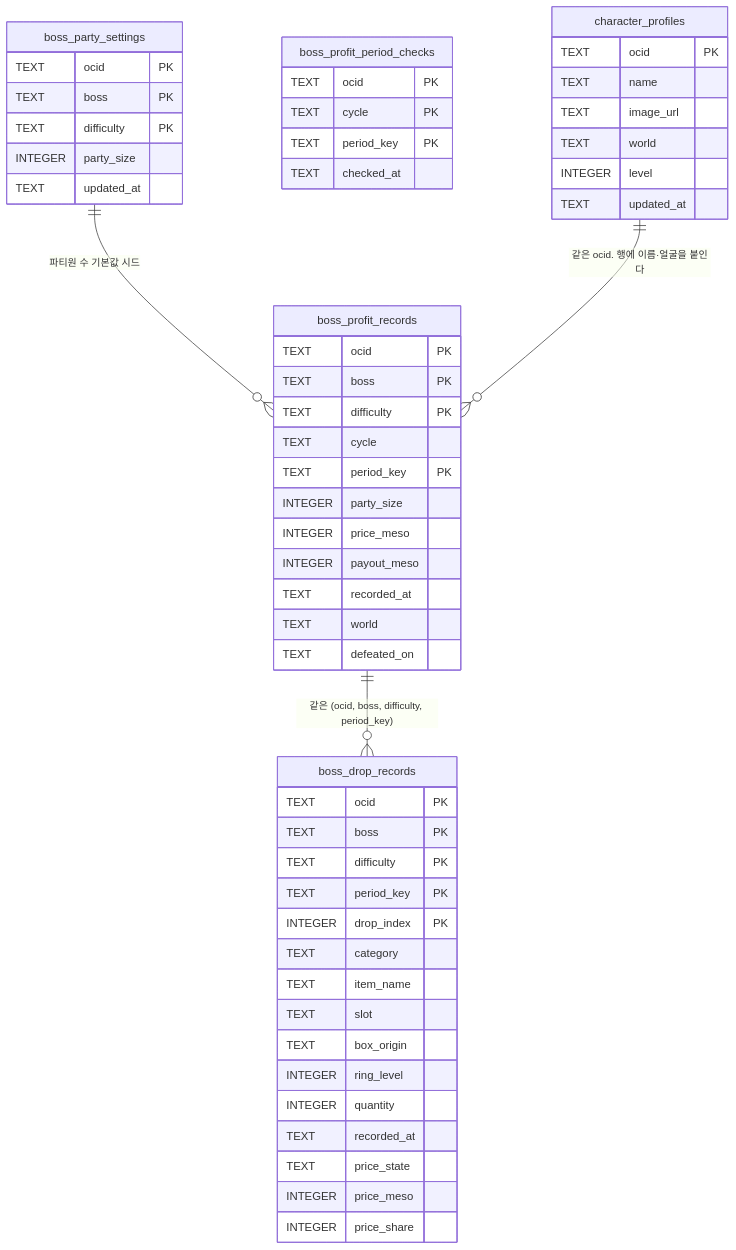
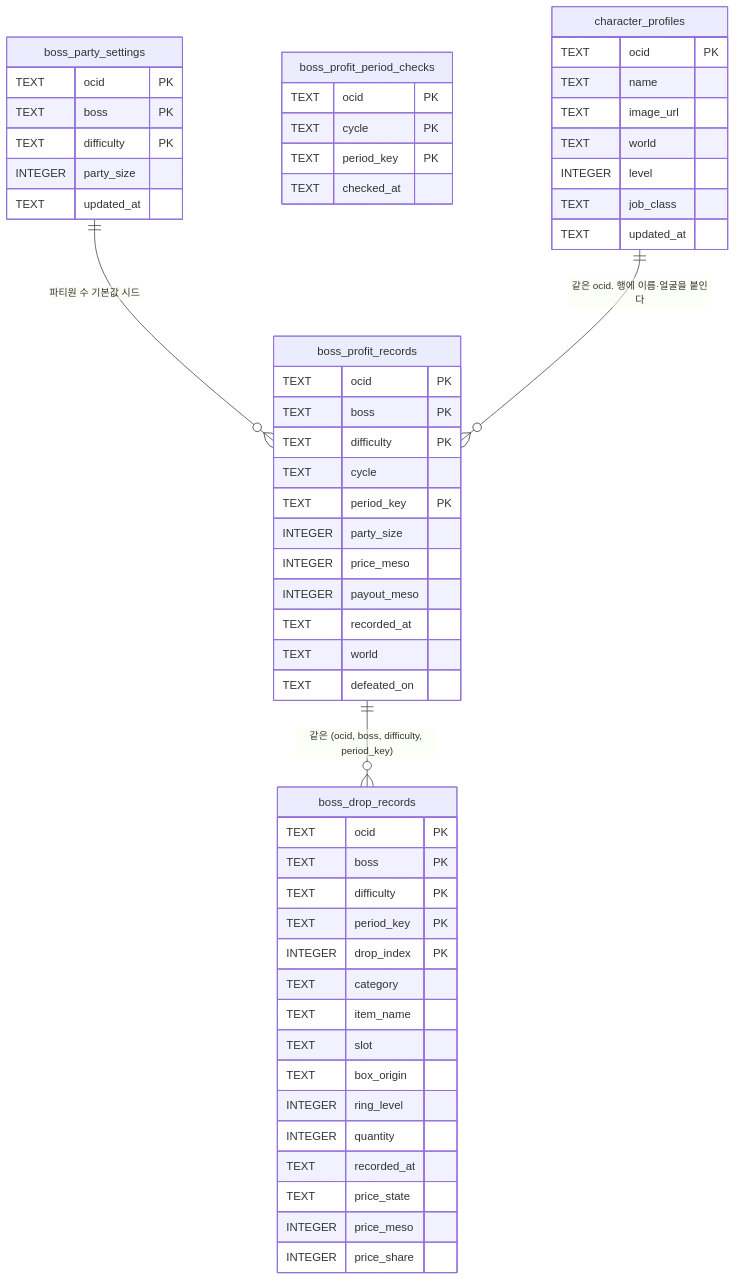
One commit to jini520/maple-routine changed the first of 2 diagrams in docs/persistence/sqlite.md. Above: the diagram before and after it, drawn with Mermaid. The commit also changed other lines of this file and 5 other files, not shown here.

````diff
--- a/docs/persistence/sqlite.md
+++ b/docs/persistence/sqlite.md
@@ -12,57 +12,58 @@
 ```mermaid
 erDiagram
     boss_profit_records {
         TEXT ocid PK
         TEXT boss PK
         TEXT difficulty PK
         TEXT cycle
         TEXT period_key PK
         INTEGER party_size
         INTEGER price_meso
         INTEGER payout_meso
         TEXT recorded_at
         TEXT world
         TEXT defeated_on
     }
     boss_party_settings {
         TEXT ocid PK
         TEXT boss PK
         TEXT difficulty PK
         INTEGER party_size
         TEXT updated_at
     }
     boss_profit_period_checks {
         TEXT ocid PK
         TEXT cycle PK
         TEXT period_key PK
         TEXT checked_at
     }
     boss_drop_records {
         TEXT ocid PK
         TEXT boss PK
         TEXT difficulty PK
         TEXT period_key PK
         INTEGER drop_index PK
         TEXT category
         TEXT item_name
         TEXT slot
         TEXT box_origin
         INTEGER ring_level
         INTEGER quantity
         TEXT recorded_at
         TEXT price_state
         INTEGER price_meso
         INTEGER price_share
     }
     character_profiles {
         TEXT ocid PK
         TEXT name
         TEXT image_url
         TEXT world
         INTEGER level
+        TEXT job_class
         TEXT updated_at
     }
     boss_party_settings ||--o{ boss_profit_records : "파티원 수 기본값 시드"
     boss_profit_records ||--o{ boss_drop_records : "같은 (ocid, boss, difficulty, period_key)"
     character_profiles ||--o{ boss_profit_records : "같은 ocid. 행에 이름·얼굴을 붙인다"
 ```
````
